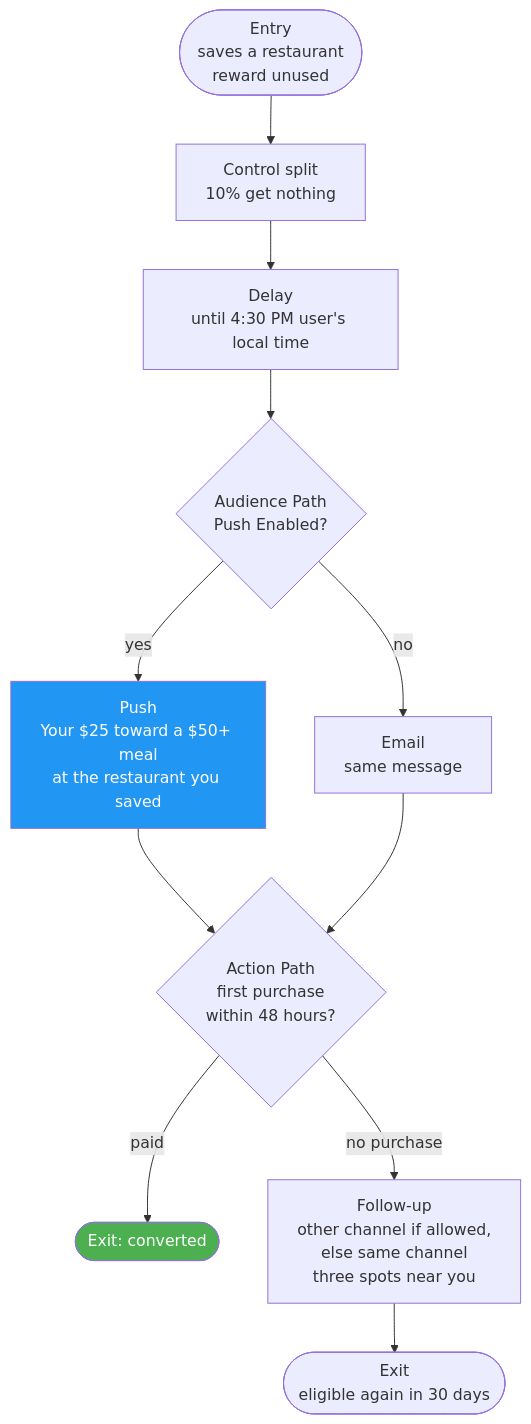
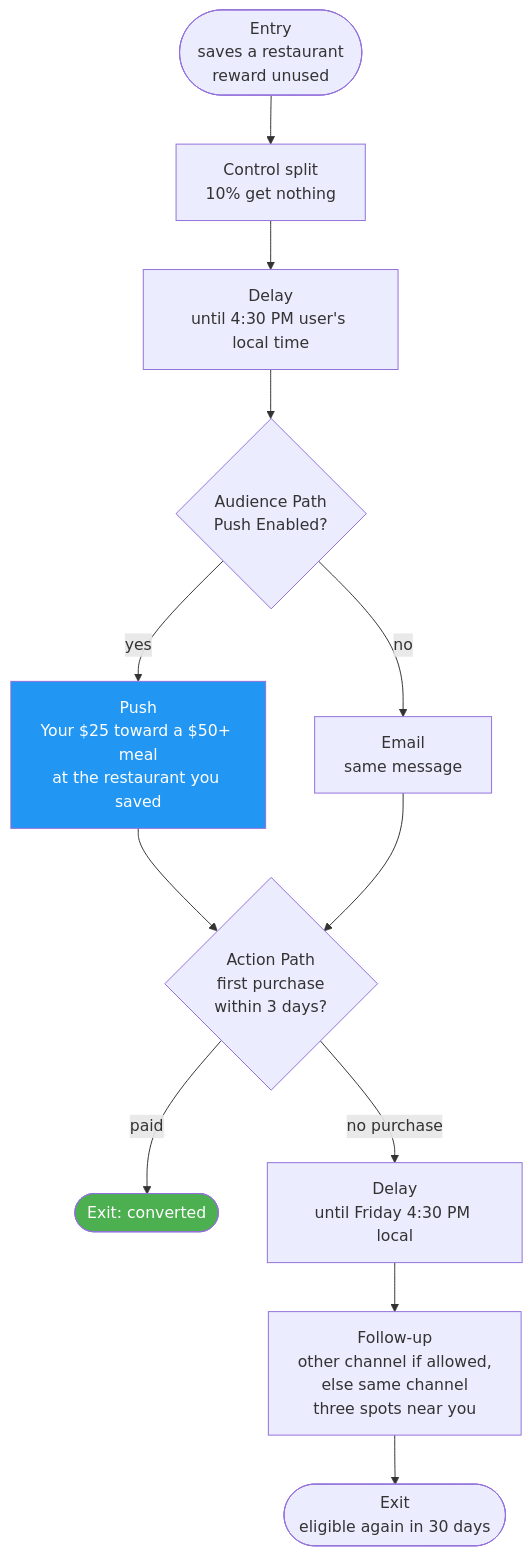
One commit to arndvs/inkind-first-credit-journey changed the diagram in 02-journey.md. Above: the diagram before and after it, drawn with Mermaid. The commit also changed other lines of this file and 2 other files, not shown here.

First line of the commit message:
Time the follow-up before the weekend: 3-day window, Friday 4:30 PM delay, 14-day conversion

````diff
--- a/02-journey.md
+++ b/02-journey.md
@@ -39,16 +39,16 @@
 ```mermaid
 flowchart TD
     A(["Entry<br/>saves a restaurant<br/>reward unused"]) --> B["Control split<br/>10% get nothing"]
     B --> C["Delay<br/>until 4:30 PM user's local time"]
     C --> D{"Audience Path<br/>Push Enabled?"}
     D -->|"yes"| E["Push<br/>Your $25 toward a $50+ meal<br/>at the restaurant you saved"]
     D -->|"no"| F["Email<br/>same message"]
-    E --> G{"Action Path<br/>first purchase<br/>within 48 hours?"}
+    E --> G{"Action Path<br/>first purchase<br/>within 3 days?"}
     F --> G
     G -->|"paid"| H(["Exit: converted"])
-    G -->|"no purchase"| I["Follow-up<br/>other channel if allowed,<br/>else same channel<br/>three spots near you"]
+    G -->|"no purchase"| K["Delay<br/>until Friday 4:30 PM local"] --> I["Follow-up<br/>other channel if allowed,<br/>else same channel<br/>three spots near you"]
     I --> J(["Exit<br/>eligible again in 30 days"])
 
     style E fill:#2196f3,color:#fff
     style H fill:#4caf50,color:#fff
 ```
````
